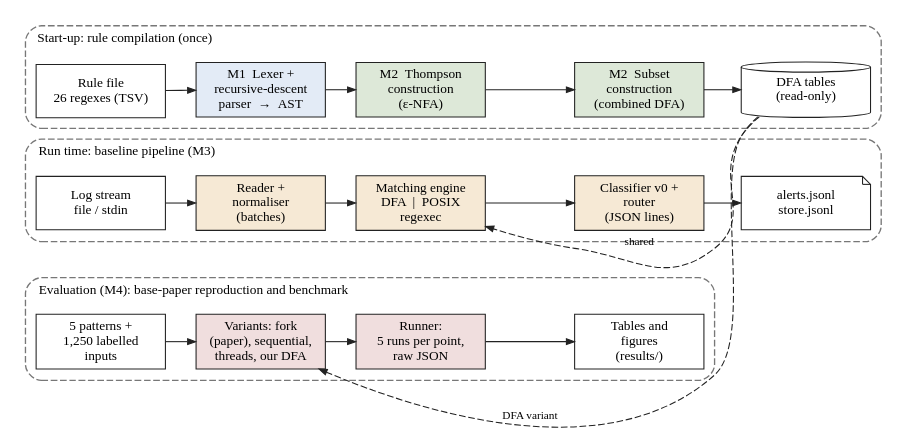
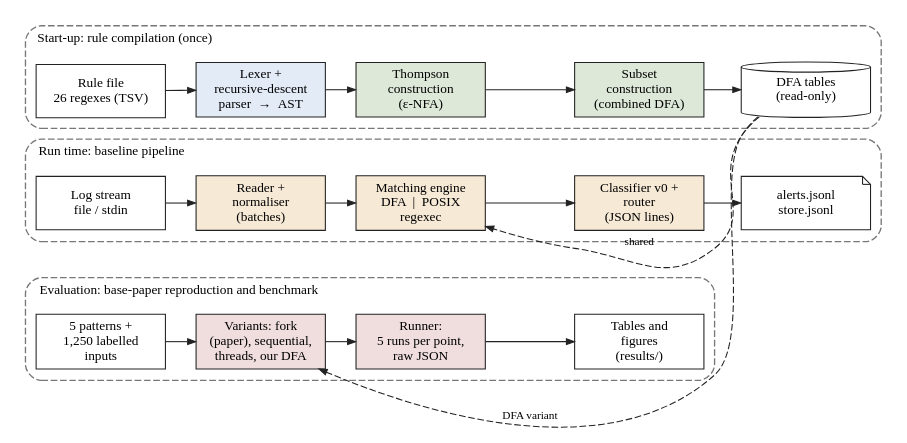
The diagram in tools/report/r1_arch.dot (AdithyaSanthosh-P/Real-Time-Parallel-Log-Event-Triage-Engine), drawn with Graphviz before and after one commit. The commit also changed 2 other files, not shown here.

Commit message:
Review 1 report: remove M1-M4 module tags and 'Module N:' labels (text, headings, table, diagram)
Claude-Session: https://claude.ai/code/session_01TKXZGwcsNHX6MKaKK8Y3qG

```diff
--- a/tools/report/r1_arch.dot
+++ b/tools/report/r1_arch.dot
@@ -1,36 +1,36 @@
 digraph arch {
   graph [rankdir=LR, nodesep=0.12, ranksep=0.3, pad=0.05, fontname="Liberation Serif", fontsize=10, newrank=true];
   node  [shape=box, style="filled", fontname="Liberation Serif", fontsize=10, color="#222222", fillcolor="#f2f2f2", penwidth=0.8, margin="0.07,0.05", height=0.55, width=1.35];
   edge  [color="#222222", arrowsize=0.6, penwidth=0.8, fontname="Liberation Serif", fontsize=8.5];
 
   subgraph cluster_c {
     label="Start-up: rule compilation (once)"; labeljust=l; style="rounded,dashed"; color="#777777";
     rf  [label="Rule file\n26 regexes (TSV)", fillcolor="#ffffff"];
-    m1  [label="M1  Lexer +\nrecursive-descent\nparser  →  AST", fillcolor="#e3ebf6"];
-    m2a [label="M2  Thompson\nconstruction\n(ε-NFA)", fillcolor="#dde8d8"];
-    m2b [label="M2  Subset\nconstruction\n(combined DFA)", fillcolor="#dde8d8"];
+    m1  [label="Lexer +\nrecursive-descent\nparser  →  AST", fillcolor="#e3ebf6"];
+    m2a [label="Thompson\nconstruction\n(ε-NFA)", fillcolor="#dde8d8"];
+    m2b [label="Subset\nconstruction\n(combined DFA)", fillcolor="#dde8d8"];
     tb  [label="DFA tables\n(read-only)", shape=cylinder, fillcolor="#ffffff"];
     rf -> m1 -> m2a -> m2b -> tb;
   }
   subgraph cluster_r {
-    label="Run time: baseline pipeline (M3)"; labeljust=l; style="rounded,dashed"; color="#777777";
+    label="Run time: baseline pipeline"; labeljust=l; style="rounded,dashed"; color="#777777";
     in  [label="Log stream\nfile / stdin", fillcolor="#ffffff"];
     rd  [label="Reader +\nnormaliser\n(batches)", fillcolor="#f6e9d5"];
     en  [label="Matching engine\nDFA  |  POSIX\nregexec", fillcolor="#f6e9d5"];
     cl  [label="Classifier v0 +\nrouter\n(JSON lines)", fillcolor="#f6e9d5"];
     out [label="alerts.jsonl\nstore.jsonl", shape=note, fillcolor="#ffffff"];
     in -> rd -> en -> cl -> out;
   }
   subgraph cluster_b {
-    label="Evaluation (M4): base-paper reproduction and benchmark"; labeljust=l; style="rounded,dashed"; color="#777777";
+    label="Evaluation: base-paper reproduction and benchmark"; labeljust=l; style="rounded,dashed"; color="#777777";
     p5 [label="5 patterns +\n1,250 labelled\ninputs", fillcolor="#ffffff"];
     vr [label="Variants: fork\n(paper), sequential,\nthreads, our DFA", fillcolor="#f0dede"];
     ru [label="Runner:\n5 runs per point,\nraw JSON", fillcolor="#f0dede"];
     rs [label="Tables and\nfigures\n(results/)", fillcolor="#ffffff"];
     p5 -> vr -> ru -> rs;
   }
   tb -> en [style=dashed, constraint=false, label=" shared"];
   tb -> vr [style=dashed, constraint=false, label=" DFA variant"];
   {rank=same; rf; in; p5;}
   rf -> in -> p5 [style=invis];
 }
```
